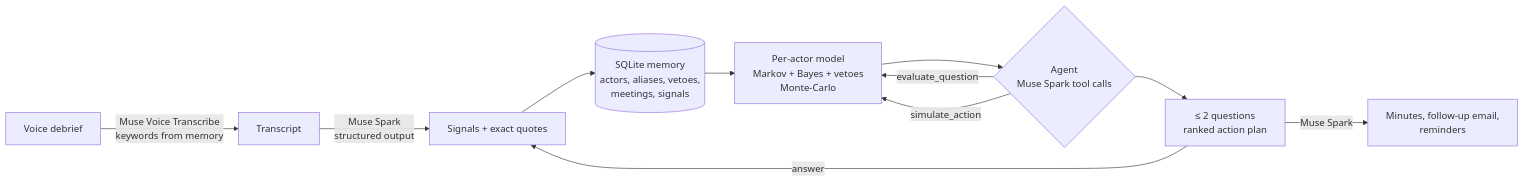
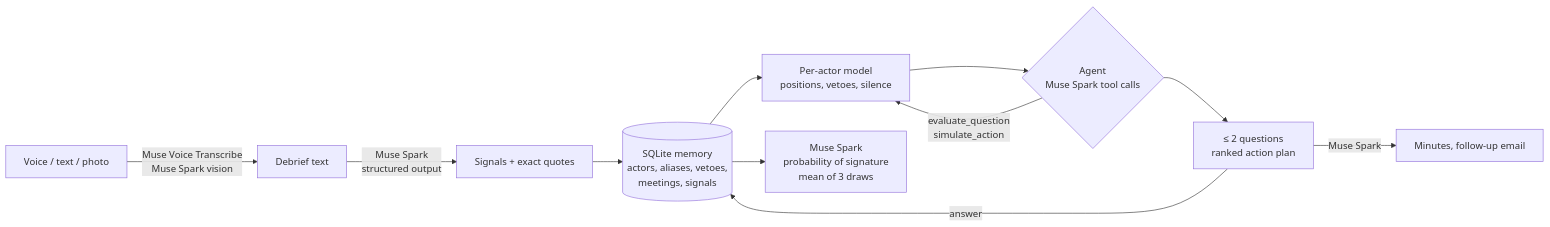
Before and after one commit to copiloteLoading/deal-copilot: the diagram in README.md, drawn with Mermaid. The commit also changed other lines of this file and 98 other files, not shown here.

First line of the commit message:
Refocus on the core problem: Muse Spark forecast, English UI, no CRM extras

````diff
--- a/README.md
+++ b/README.md
@@ -46,13 +51,13 @@
 ```mermaid
 flowchart LR
-    A[Voice debrief] -->|Muse Voice Transcribe<br/>keywords from memory| B[Transcript]
+    A[Voice / text / photo] -->|Muse Voice Transcribe<br/>Muse Spark vision| B[Debrief text]
     B -->|Muse Spark<br/>structured output| C[Signals + exact quotes]
     C --> D[(SQLite memory<br/>actors, aliases, vetoes,<br/>meetings, signals)]
-    D --> E[Per-actor model<br/>Markov + Bayes + vetoes<br/>Monte-Carlo]
+    D --> E[Per-actor model<br/>positions, vetoes, silence]
+    D --> P[Muse Spark<br/>probability of signature<br/>mean of 3 draws]
     E --> F{Agent<br/>Muse Spark tool calls}
-    F -->|evaluate_question| E
-    F -->|simulate_action| E
+    F -->|evaluate_question<br/>simulate_action| E
     F --> G[≤ 2 questions<br/>ranked action plan]
-    G -->|answer| C
-    G -->|Muse Spark| H[Minutes, follow-up email,<br/>reminders]
+    G -->|answer| D
+    G -->|Muse Spark| H[Minutes, follow-up email]
 ```
````
